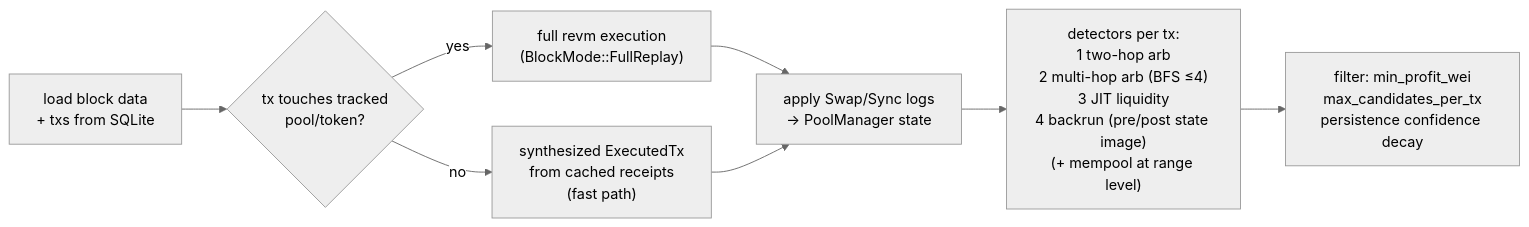
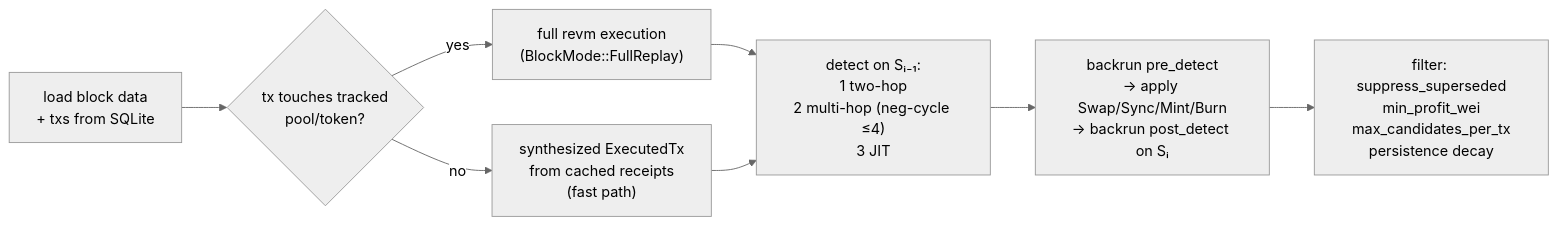
The sixth of 9 diagrams in docs/CLI.md (moha-moradi/mev-scout), drawn with Mermaid (neutral theme) before and after one commit. The commit also changed other lines of this file and 2 other files, not shown here.

First line of the commit message:
docs: update architecture and CLI docs for explorer dashboard and bootstrap flow

````diff
--- a/docs/CLI.md
+++ b/docs/CLI.md
@@ -328,10 +337,10 @@
 ```mermaid
 flowchart LR
     B0["load block data<br/>+ txs from SQLite"] --> B1{"tx touches tracked<br/>pool/token?"}
     B1 -- yes --> B2["full revm execution<br/>(BlockMode::FullReplay)"]
     B1 -- no --> B3["synthesized ExecutedTx<br/>from cached receipts<br/>(fast path)"]
-    B2 --> B4["apply Swap/Sync logs<br/>→ PoolManager state"]
+    B2 --> B4["detect on Sᵢ₋₁:<br/>1 two-hop<br/>2 multi-hop (neg-cycle ≤4)<br/>3 JIT"]
     B3 --> B4
-    B4 --> B5["detectors per tx:<br/>1 two-hop arb<br/>2 multi-hop arb (BFS ≤4)<br/>3 JIT liquidity<br/>4 backrun (pre/post state image)<br/>(+ mempool at range level)"]
-    B5 --> B6["filter: min_profit_wei<br/>max_candidates_per_tx<br/>persistence confidence decay"]
+    B4 --> B5["backrun pre_detect<br/>→ apply Swap/Sync/Mint/Burn<br/>→ backrun post_detect on Sᵢ"]
+    B5 --> B6["filter: suppress_superseded<br/>min_profit_wei<br/>max_candidates_per_tx<br/>persistence decay"]
 ```
````
